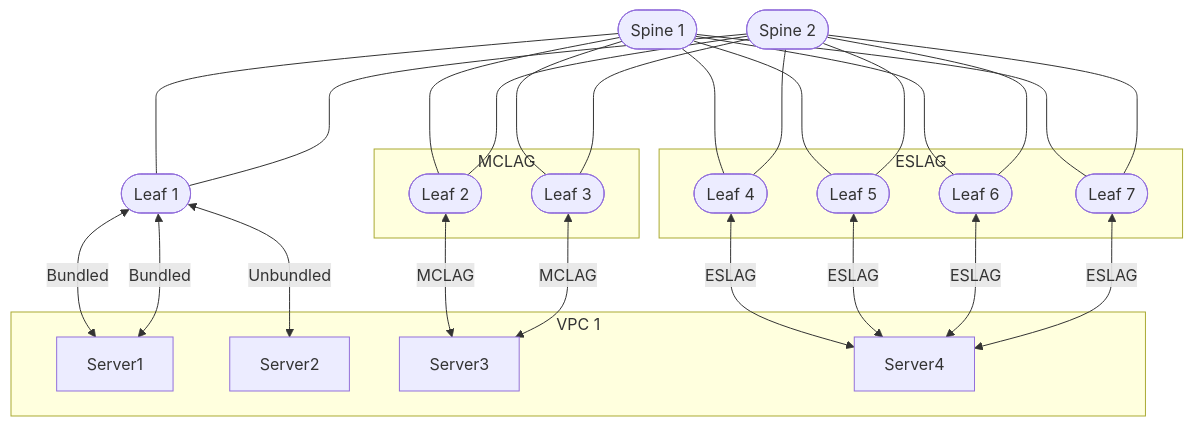
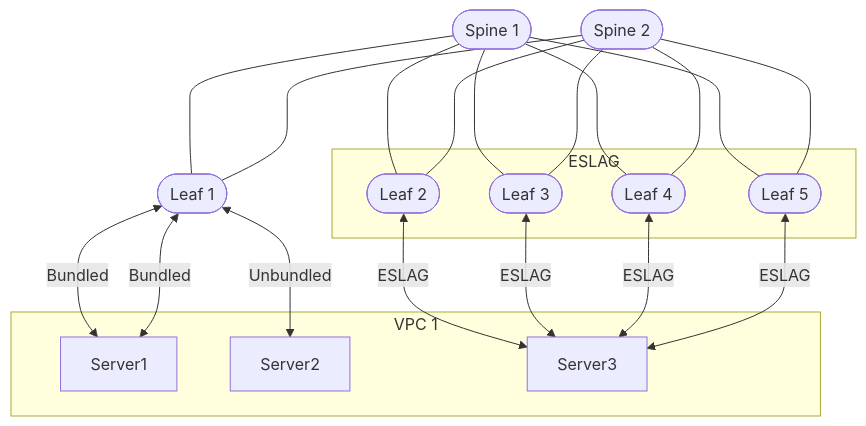
One commit to githedgehog/docs changed the second of 5 diagrams in docs/install-upgrade/build-wiring.md. Above: the diagram before and after it, drawn with Mermaid. The commit also changed other lines of this file and 6 other files, not shown here.

````diff
--- a/docs/install-upgrade/build-wiring.md
+++ b/docs/install-upgrade/build-wiring.md
@@ -89,49 +88,37 @@
 ``` mermaid
 graph TD
     S1([Spine 1])
     S2([Spine 2])
     L1([Leaf 1])
     L2([Leaf 2])
     L3([Leaf 3])
     L4([Leaf 4])
     L5([Leaf 5])
-    L6([Leaf 6])
-    L7([Leaf 7])
 
     TS1[Server1]
     TS2[Server2]
     TS3[Server3]
-    TS4[Server4]
 
-    S1 & S2 ---- L1 & L2 & L3 & L4 & L5 & L6 & L7
+    S1 & S2 ---- L1 & L2 & L3 & L4 & L5
     L1 <-- Bundled --> TS1
     L1 <-- Bundled --> TS1
     L1 <-- Unbundled --> TS2
-    L2 <-- MCLAG --> TS3
-    L3 <-- MCLAG --> TS3
-    L4 <-- ESLAG --> TS4
-    L5 <-- ESLAG --> TS4
-    L6 <-- ESLAG --> TS4
-    L7 <-- ESLAG --> TS4
+    L2 <-- ESLAG --> TS3
+    L3 <-- ESLAG --> TS3
+    L4 <-- ESLAG --> TS3
+    L5 <-- ESLAG --> TS3
 
     subgraph VPC 1
     TS1
     TS2
     TS3
-    TS4
-    end
-    
-    subgraph MCLAG
-    L2
-    L3
     end
 
     subgraph ESLAG
+    L2
     L3
     L4
     L5
-    L6
-    L7
     end
-    
+
 ```
````
